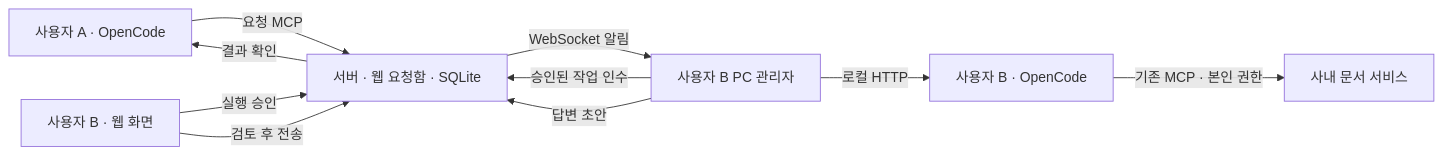
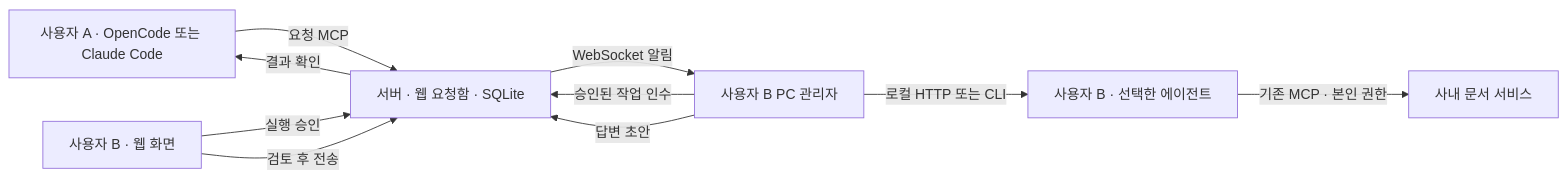
Before and after one commit to cwj980119/mcp-queue: the diagram in README.md, drawn with Mermaid. The commit also changed other lines of this file and 26 other files, not shown here.

Commit message:
Support Claude Code alongside OpenCode with scoped document tools

````diff
--- a/README.md
+++ b/README.md
@@ -7,12 +7,12 @@
 ```mermaid
 flowchart LR
-  A[사용자 A · OpenCode] -->|요청 MCP| S[서버 · 웹 요청함 · SQLite]
+  A[사용자 A · OpenCode 또는 Claude Code] -->|요청 MCP| S[서버 · 웹 요청함 · SQLite]
   S -->|WebSocket 알림| M[사용자 B PC 관리자]
   B[사용자 B · 웹 화면] -->|실행 승인| S
   M -->|승인된 작업 인수| S
-  M -->|로컬 HTTP| O[사용자 B · OpenCode]
+  M -->|로컬 HTTP 또는 CLI| O[사용자 B · 선택한 에이전트]
   O -->|기존 MCP · 본인 권한| D[사내 문서 서비스]
   M -->|답변 초안| S
   B -->|검토 후 전송| S
   S -->|결과 확인| A
 ```
````
